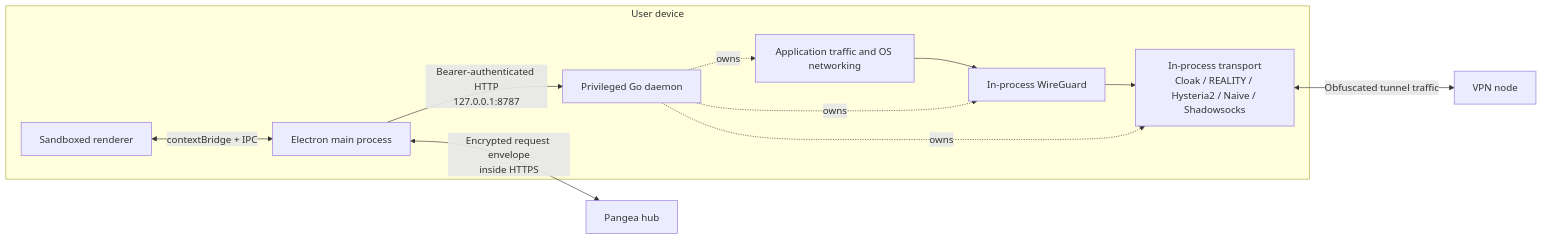
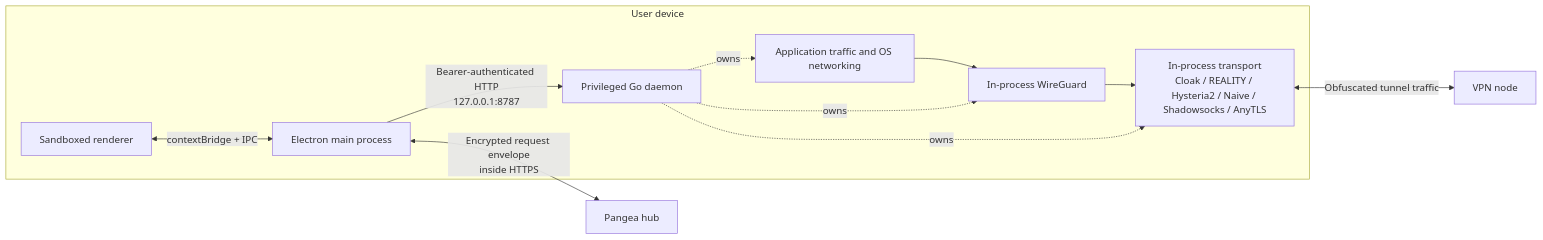
One commit to pangeavpn/pangeavpn-app changed the first of 3 diagrams in docs/architecture.md. Above: the diagram before and after it, drawn with Mermaid. The commit also changed other lines of this file and 44 other files, not shown here.

````diff
--- a/docs/architecture.md
+++ b/docs/architecture.md
@@ -33,15 +33,15 @@
 ```mermaid
 flowchart LR
     subgraph Device[User device]
         Renderer[Sandboxed renderer] <-->|contextBridge + IPC| Main[Electron main process]
         Main -->|Bearer-authenticated HTTP<br/>127.0.0.1:8787| Daemon[Privileged Go daemon]
         OS[Application traffic and OS networking] --> WG[In-process WireGuard]
-        WG --> Transport[In-process transport<br/>Cloak / REALITY / Hysteria2 / Naive / Shadowsocks]
+        WG --> Transport[In-process transport<br/>Cloak / REALITY / Hysteria2 / Naive / Shadowsocks / AnyTLS]
         Daemon -. owns .-> OS
         Daemon -. owns .-> WG
         Daemon -. owns .-> Transport
     end
 
     Main <-->|Encrypted request envelope<br/>inside HTTPS| Hub[Pangea hub]
     Transport <-->|Obfuscated tunnel traffic| Node[VPN node]
 ```
````
